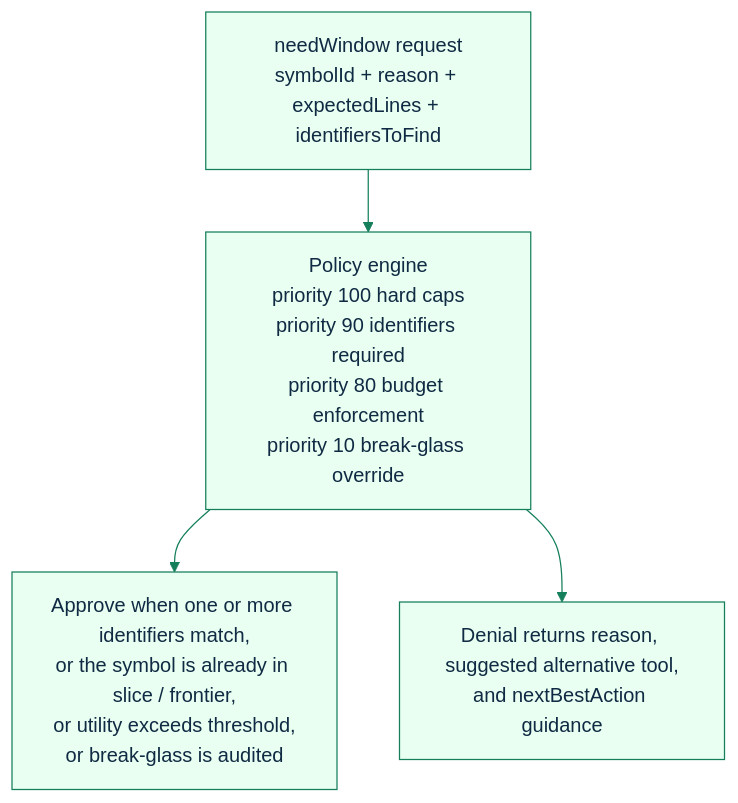
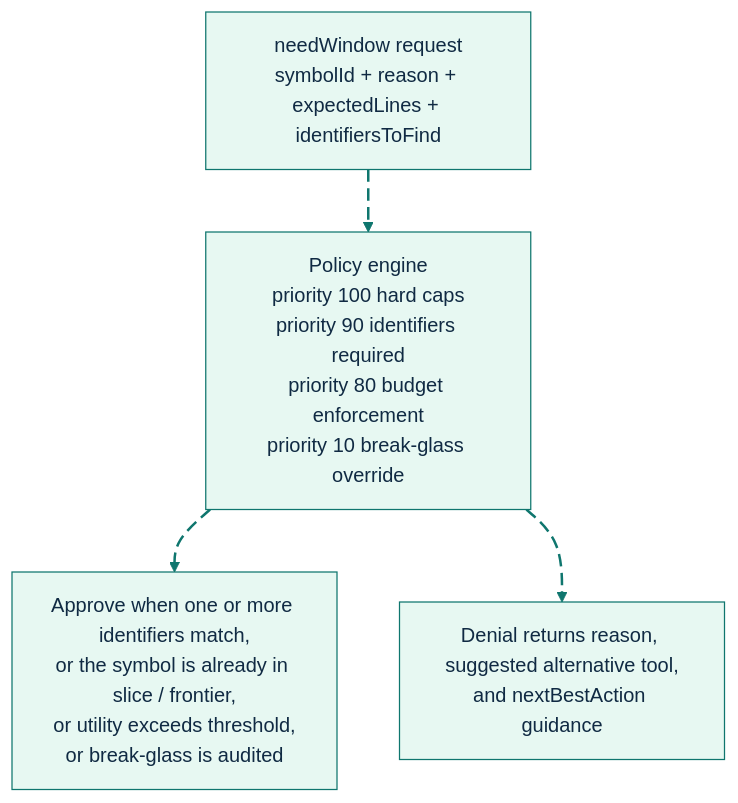
The eighth of 14 diagrams in docs/architecture.md (GlitterKill/sdl-mcp), drawn with Mermaid before and after one commit. The commit also changed other lines of this file and 33 other files, not shown here.

First line of the commit message:
docs: update mermaid diagram themes and styling across documentation

````diff
--- a/docs/architecture.md
+++ b/docs/architecture.md
@@ -338,12 +408,21 @@
 ```mermaid
-%%{init: {"theme":"base","themeVariables":{"primaryColor":"#e8fff1","primaryBorderColor":"#157f5b","primaryTextColor":"#102a43","secondaryColor":"#eef6ff","secondaryBorderColor":"#2563eb","tertiaryColor":"#fff4d6","tertiaryBorderColor":"#b45309","lineColor":"#157f5b","fontFamily":"Trebuchet MS, Arial"},"flowchart":{"curve":"basis"}}}%%
+%%{init: {"theme":"base","themeVariables":{"background":"#ffffff","primaryColor":"#E7F8F2","primaryBorderColor":"#0F766E","primaryTextColor":"#102A43","secondaryColor":"#E8F1FF","secondaryBorderColor":"#2563EB","secondaryTextColor":"#102A43","tertiaryColor":"#FFF4D6","tertiaryBorderColor":"#B45309","tertiaryTextColor":"#102A43","lineColor":"#0F766E","textColor":"#102A43","fontFamily":"Inter, ui-sans-serif, system-ui, -apple-system, BlinkMacSystemFont, Segoe UI, sans-serif"},"flowchart":{"curve":"basis","htmlLabels":true}}}%%
 flowchart TD
     Req["needWindow request<br/>symbolId + reason + expectedLines + identifiersToFind"]
     Engine["Policy engine<br/>priority 100 hard caps<br/>priority 90 identifiers required<br/>priority 80 budget enforcement<br/>priority 10 break-glass override"]
     Approve["Approve when one or more identifiers match,<br/>or the symbol is already in slice / frontier,<br/>or utility exceeds threshold,<br/>or break-glass is audited"]
     Deny["Denial returns reason, suggested alternative tool,<br/>and nextBestAction guidance"]
 
-    Req --> Engine
-    Engine --> Approve
-    Engine --> Deny
+    Req e1@--> Engine
+    Engine e2@--> Approve
+    Engine e3@--> Deny
+
+    classDef source fill:#E7F8F2,stroke:#0F766E,stroke-width:2px,color:#102A43;
+    classDef process fill:#E8F1FF,stroke:#2563EB,stroke-width:2px,color:#102A43;
+    classDef decision fill:#FFF4D6,stroke:#B45309,stroke-width:2px,color:#102A43;
+    classDef storage fill:#F2E8FF,stroke:#7C3AED,stroke-width:2px,color:#102A43;
+    classDef output fill:#FFE8EF,stroke:#BE123C,stroke-width:2px,color:#102A43;
+    classDef muted fill:#F8FAFC,stroke:#64748B,stroke-width:1px,color:#102A43;
+    classDef animate stroke:#0F766E,stroke-width:2px,stroke-dasharray:10\,5,stroke-dashoffset:900,animation:dash 22s linear infinite;
+    class e1,e2,e3 animate;
 ```
````
